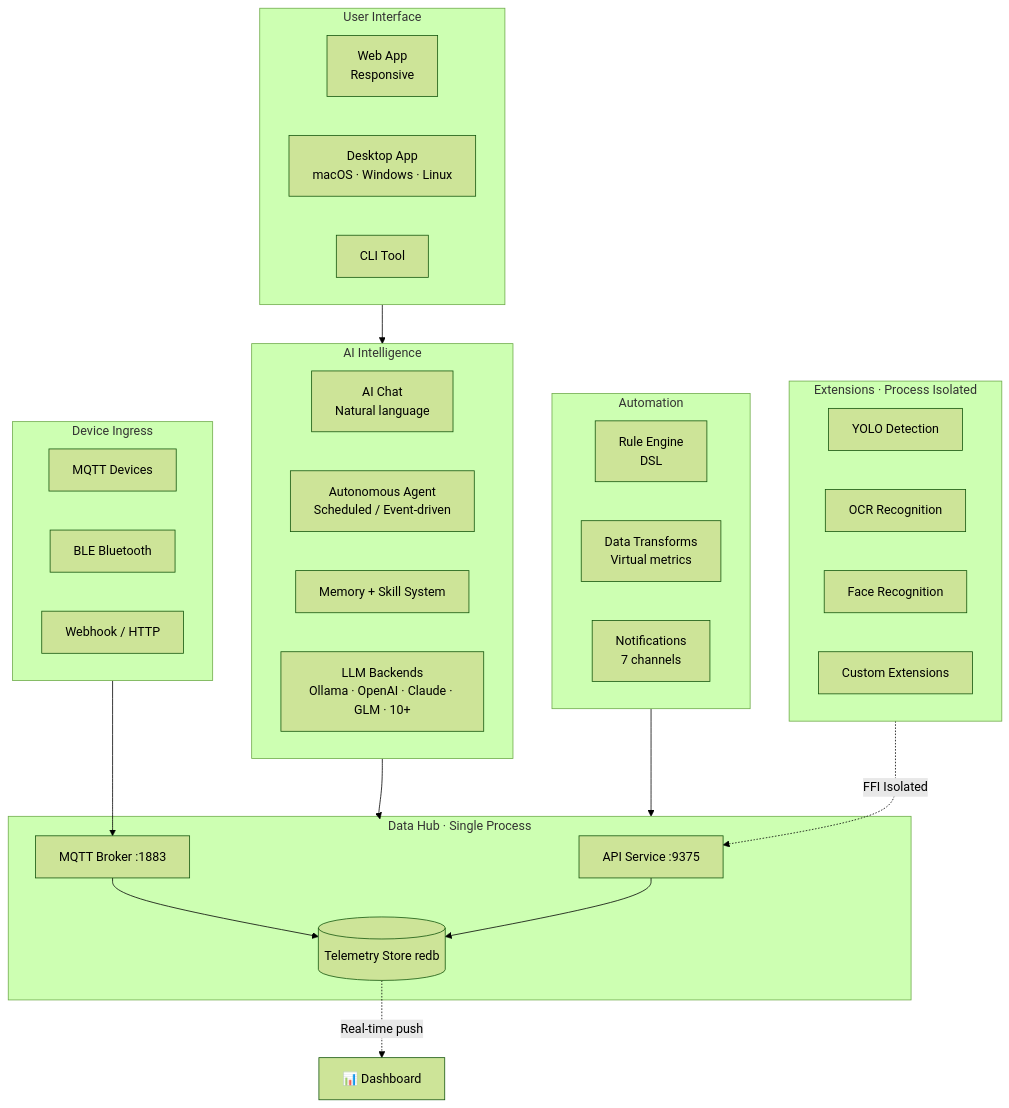
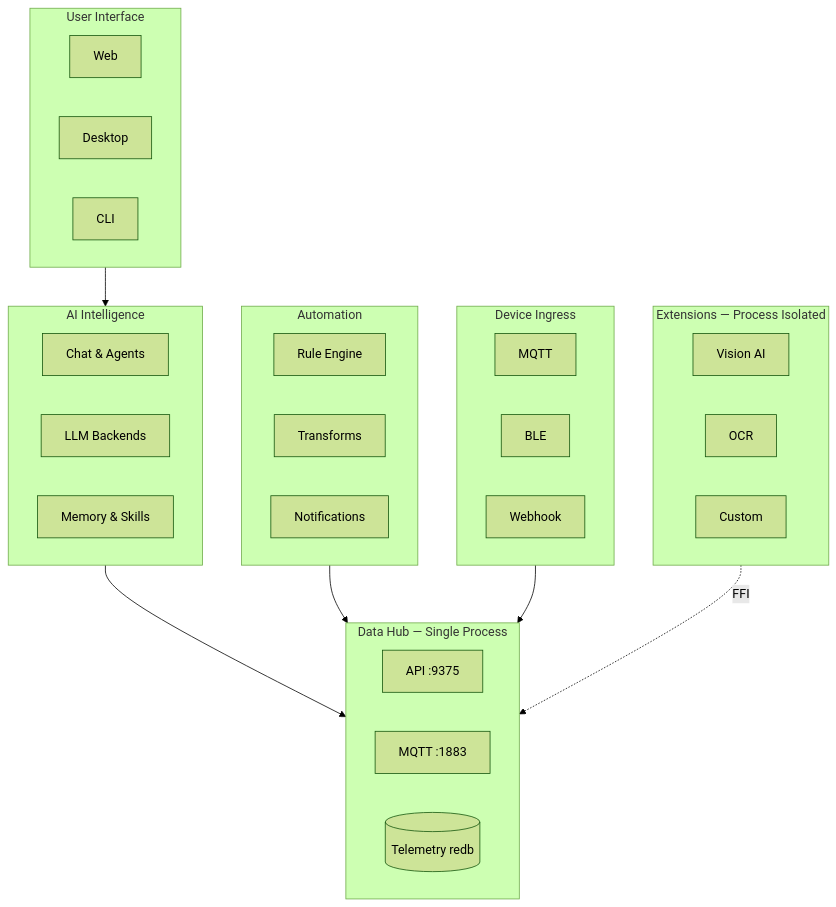
Before and after one commit to luommy/wiki-documents: the diagram in i18n/en/docusaurus-plugin-content-docs/current/0-neomind/product-overview/1-what-is-neomind.md, drawn with Mermaid (forest theme). The commit also changed 1 other file, not shown here.

Commit message:
docs(neomind): clean up product architecture diagram
Removed all emoji icons from subgraph titles and nodes. Simplified
node labels to be concise. Added direction LR within subgraphs for
compact horizontal layout. Reduced arrows to essential data flows.

````diff
--- a/i18n/en/docusaurus-plugin-content-docs/current/0-neomind/product-overview/1-what-is-neomind.md
+++ b/i18n/en/docusaurus-plugin-content-docs/current/0-neomind/product-overview/1-what-is-neomind.md
@@ -33,49 +33,50 @@
 ```mermaid
 flowchart TB
-    subgraph L1["User Interface"]
-        WEB[Web App<br/>Responsive]
-        DESKTOP[Desktop App<br/>macOS · Windows · Linux]
-        CLI[CLI Tool]
+    subgraph UI["User Interface"]
+        direction LR
+        WEB[Web]
+        DESKTOP[Desktop]
+        CLI[CLI]
     end
 
-    subgraph L2["AI Intelligence"]
-        CHAT[AI Chat<br/>Natural language]
-        AGENT[Autonomous Agent<br/>Scheduled / Event-driven]
-        MEM[Memory + Skill System]
-        LLM["LLM Backends<br/>Ollama · OpenAI · Claude · GLM · 10+"]
+    subgraph AI["AI Intelligence"]
+        direction LR
+        CHAT[Chat & Agents]
+        LLM[LLM Backends]
+        SKILLS[Memory & Skills]
     end
 
-    subgraph L3["Automation"]
-        RULE[Rule Engine<br/>DSL]
-        TRANSFORM[Data Transforms<br/>Virtual metrics]
-        NOTIFY[Notifications<br/>7 channels]
+    subgraph AUTO["Automation"]
+        direction LR
+        RULE[Rule Engine]
+        TRANSFORM[Transforms]
+        NOTIFY[Notifications]
     end
 
-    subgraph L4["Data Hub · Single Process"]
-        API[API Service :9375]
-        MQTT[MQTT Broker :1883]
-        STORE[(Telemetry Store redb)]
+    subgraph CORE["Data Hub — Single Process"]
+        direction LR
+        API[API :9375]
+        MQTT[MQTT :1883]
+        STORE[(Telemetry redb)]
     end
 
-    subgraph L5["Device Ingress"]
-        MQDEV[MQTT Devices]
-        BLEDEV[BLE Bluetooth]
-        HOOKDEV[Webhook / HTTP]
+    subgraph DEV["Device Ingress"]
+        direction LR
+        MQDEV[MQTT]
+        BLEDEV[BLE]
+        HOOK[Webhook]
     end
 
-    subgraph L6["Extensions · Process Isolated"]
-        YOLO[YOLO Detection]
-        OCR[OCR Recognition]
-        FACE[Face Recognition]
-        CUSTOM[Custom Extensions]
+    subgraph EXT["Extensions — Process Isolated"]
+        direction LR
+        VISION[Vision AI]
+        OCR[OCR]
+        CUSTOM[Custom]
     end
 
-    L1 --> L2
-    L2 --> L4
-    L3 --> L4
-    L5 --> MQTT
-    L6 -.FFI Isolated.-> API
-    MQTT --> STORE
-    API --> STORE
-    STORE -.Real-time push.-> DASH[📊 Dashboard]
+    UI --> AI
+    AI --> CORE
+    AUTO --> CORE
+    DEV --> MQTT
+    EXT -.FFI.-> API
 ```
````
